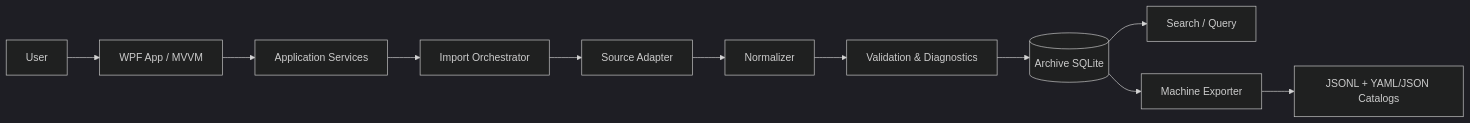
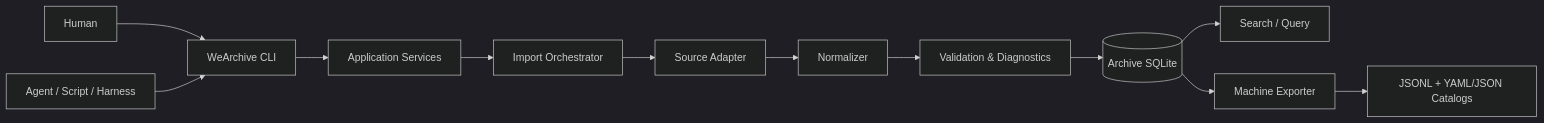
One commit to lybym/WeArchive changed the first of 2 diagrams in docs/ARCHITECTURE.md. Above: the diagram before and after it, drawn with Mermaid (dark theme). The commit also changed other lines of this file and 8 other files, not shown here.

First line of the commit message:
docs: pivot WeArchive to CLI-first product surface (#12)

````diff
--- a/docs/ARCHITECTURE.md
+++ b/docs/ARCHITECTURE.md
@@ -21,25 +22,27 @@
 ```mermaid
 flowchart LR
-    U[User]
-    W[WPF App / MVVM]
+    H[Human]
+    G[Agent / Script / Harness]
+    CLI[WeArchive CLI]
     C[Application Services]
     O[Import Orchestrator]
     A[Source Adapter]
     N[Normalizer]
     V[Validation & Diagnostics]
     S[(Archive SQLite)]
     Q[Search / Query]
     E[Machine Exporter]
     X[JSONL + YAML/JSON Catalogs]
 
-    U --> W
-    W --> C
+    H --> CLI
+    G --> CLI
+    CLI --> C
     C --> O
     O --> A
     A --> N
     N --> V
     V --> S
     S --> Q
     S --> E
     E --> X
 ```
````
